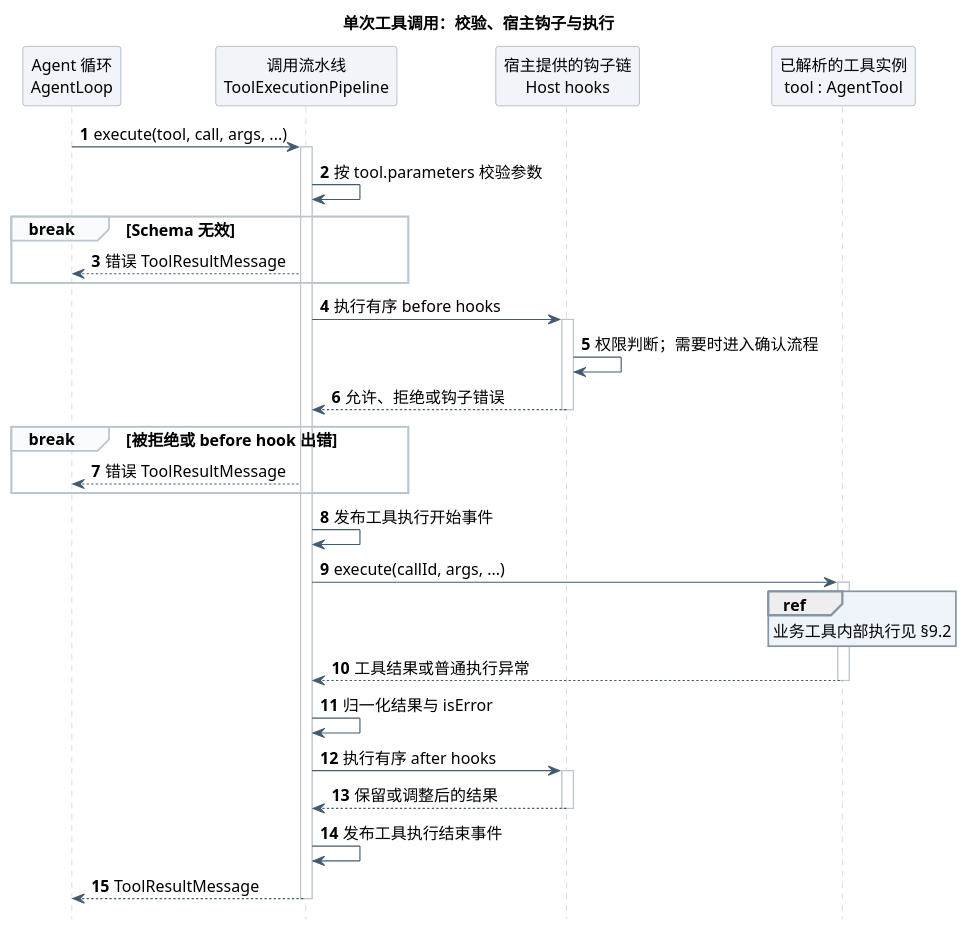
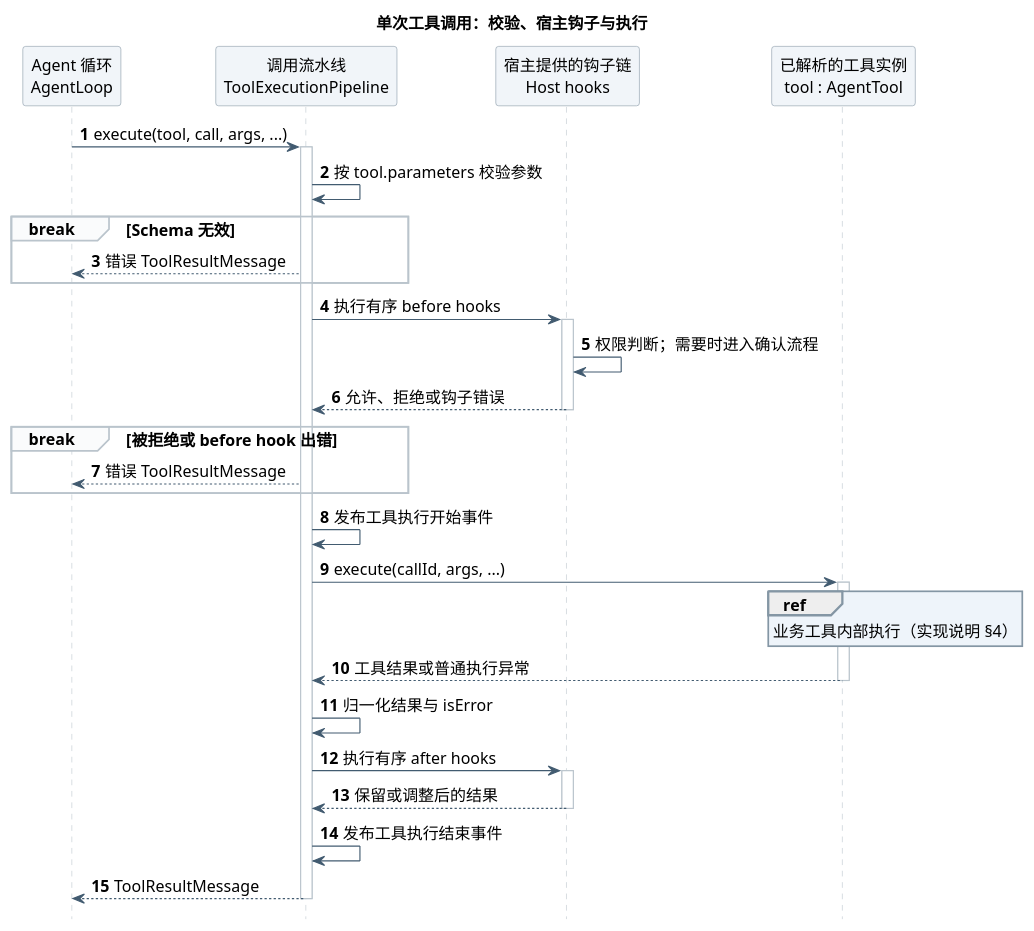
Before and after one commit to ssm0808/pi-mono-java-design: the ninth of 14 diagrams in 01-总体架构/02-CampusClaw工具系统/diagram.puml, drawn with PlantUML. The commit also changed other lines of this file and 18 other files, not shown here.

```diff
--- a/01-总体架构/02-CampusClaw工具系统/diagram.puml
+++ b/01-总体架构/02-CampusClaw工具系统/diagram.puml
@@ -541,57 +602,57 @@
 @startuml tool_invocation_pipeline
 skinparam backgroundColor white
 skinparam defaultFontName "PingFang SC"
 skinparam defaultFontSize 14
 skinparam shadowing false
 skinparam sequenceMessageAlign left
 skinparam maxMessageSize 210
 skinparam sequenceArrowColor #425B70
 skinparam sequenceLifeLineBorderColor #BAC4CC
 skinparam sequenceParticipantBackgroundColor #F1F5F9
 skinparam sequenceParticipantBorderColor #8496A4
 skinparam sequenceGroupBackgroundColor #FAFBFC
 skinparam sequenceGroupBorderColor #BAC4CC
 skinparam sequenceReferenceBackgroundColor #EEF4FA
 skinparam sequenceReferenceBorderColor #8496A4
 skinparam noteBackgroundColor #FFFBEF
 skinparam noteBorderColor #D2C6A5
 hide footbox
 autonumber
 ' Source evidence (CampusClaw fb842b1ac6cb4818f6b146f79dd184a5cd88bf12, checked 2026-09-21):
 
 ' modules/agent-core/src/main/java/com/campusclaw/agent/loop/AgentLoop.java: resolveToolCallsSafe, runToolPhase
 ' modules/agent-core/src/main/java/com/campusclaw/agent/tool/ToolExecutionPipeline.java: execute, validate, applyBeforeHook, invokeTool, applyAfterHook
 ' modules/coding-agent-cli/src/main/java/com/campusclaw/codingagent/runtimeapi/runtime/RuntimeActiveExecution.java: beforeToolCall
 ' Observed behavior: schema validation precedes before hooks; blocked calls return before execution and after hooks.
 ' Design reason: keep common lifecycle separate from business delegation; cancellation is propagated to the upper execution scope.
 ' Pending implementation: new business entry permissions must be wired into the existing Host policy.
 title 单次工具调用：校验、宿主钩子与执行
 
 participant "Agent 循环\nAgentLoop" as Loop
 participant "调用流水线\nToolExecutionPipeline" as Pipeline
 participant "宿主提供的钩子链\nHost hooks" as Hooks
 participant "已解析的工具实例\ntool : AgentTool" as Tool
 
 Loop -> Pipeline ++ : execute(tool, call, args, ...)
 Pipeline -> Pipeline : 按 tool.parameters 校验参数
 break Schema 无效
   Pipeline --> Loop : 错误 ToolResultMessage
 end
 Pipeline -> Hooks ++ : 执行有序 before hooks
 Hooks -> Hooks : 权限判断；需要时进入确认流程
 Hooks --> Pipeline -- : 允许、拒绝或钩子错误
 break 被拒绝或 before hook 出错
   Pipeline --> Loop : 错误 ToolResultMessage
 end
 Pipeline -> Pipeline : 发布工具执行开始事件
 Pipeline -> Tool ++ : execute(callId, args, ...)
 ref over Tool
-  业务工具内部执行见 §9.2
+  业务工具内部执行（实现说明 §4）
 end ref
 Tool --> Pipeline -- : 工具结果或普通执行异常
 Pipeline -> Pipeline : 归一化结果与 isError
 Pipeline -> Hooks ++ : 执行有序 after hooks
 Hooks --> Pipeline -- : 保留或调整后的结果
 Pipeline -> Pipeline : 发布工具执行结束事件
 Pipeline --> Loop -- : ToolResultMessage
 @enduml
```
